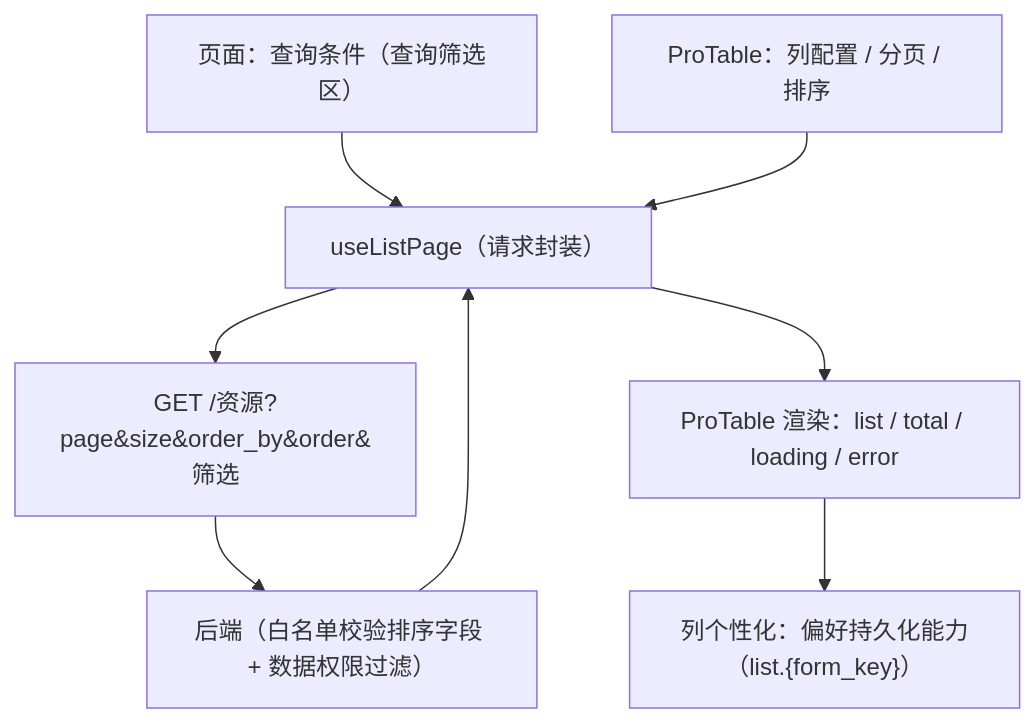
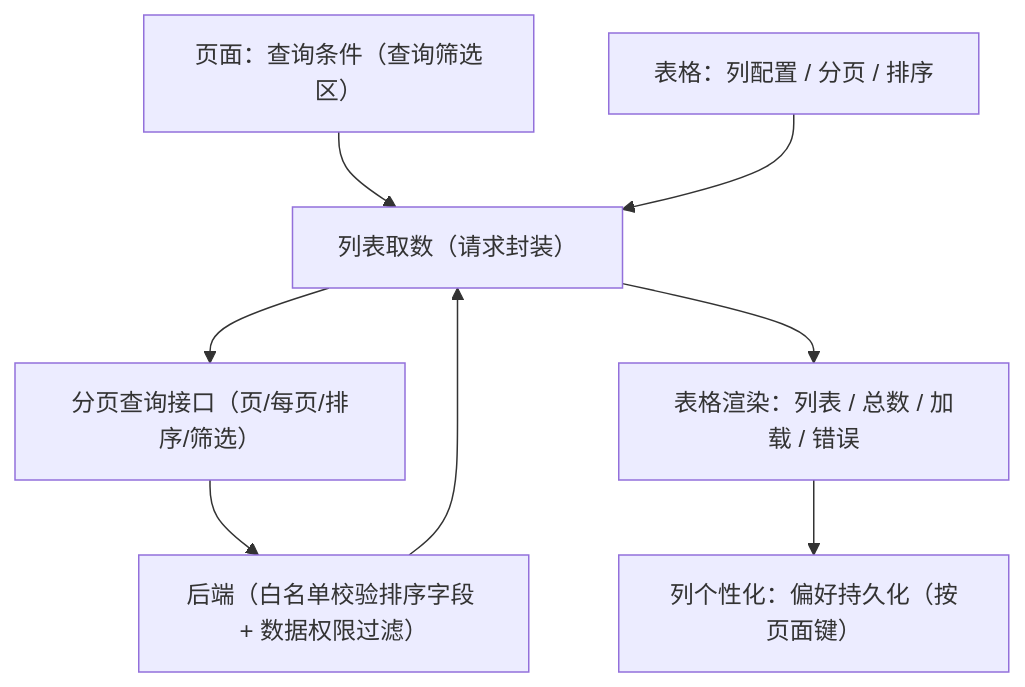
One commit to minjian123/basic-management-system changed the diagram in bms文档/设计/组件设计/07_展示类/01_组件设计_通用表格/01_组件设计_通用表格.md. Above: the diagram before and after it, drawn with Mermaid. The commit also changed other lines of this file and 9 other files, not shown here.

````diff
--- a/bms文档/设计/组件设计/07_展示类/01_组件设计_通用表格/01_组件设计_通用表格.md
+++ b/bms文档/设计/组件设计/07_展示类/01_组件设计_通用表格/01_组件设计_通用表格.md
@@ -65,10 +61,10 @@
 ```mermaid
 flowchart TD
-    A["页面：查询条件（查询筛选区）"] --> B["useListPage（请求封装）"]
-    C["ProTable：列配置 / 分页 / 排序"] --> B
-    B --> D["GET /资源?page&size&order_by&order&筛选"]
+    A["页面：查询条件（查询筛选区）"] --> B["列表取数（请求封装）"]
+    C["表格：列配置 / 分页 / 排序"] --> B
+    B --> D["分页查询接口（页/每页/排序/筛选）"]
     D --> E["后端（白名单校验排序字段 + 数据权限过滤）"]
     E --> B
-    B --> F["ProTable 渲染：list / total / loading / error"]
-    F --> G["列个性化：偏好持久化能力（list.{form_key}）"]
+    B --> F["表格渲染：列表 / 总数 / 加载 / 错误"]
+    F --> G["列个性化：偏好持久化（按页面键）"]
 ```
````
